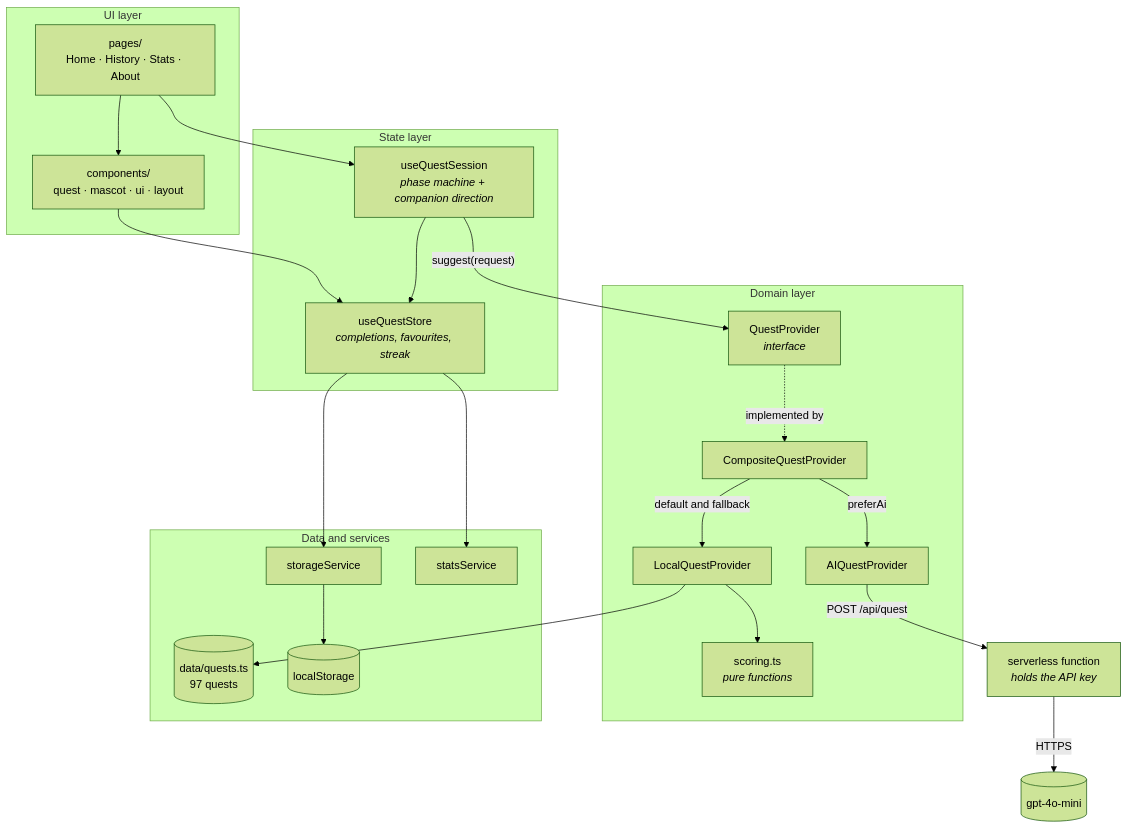
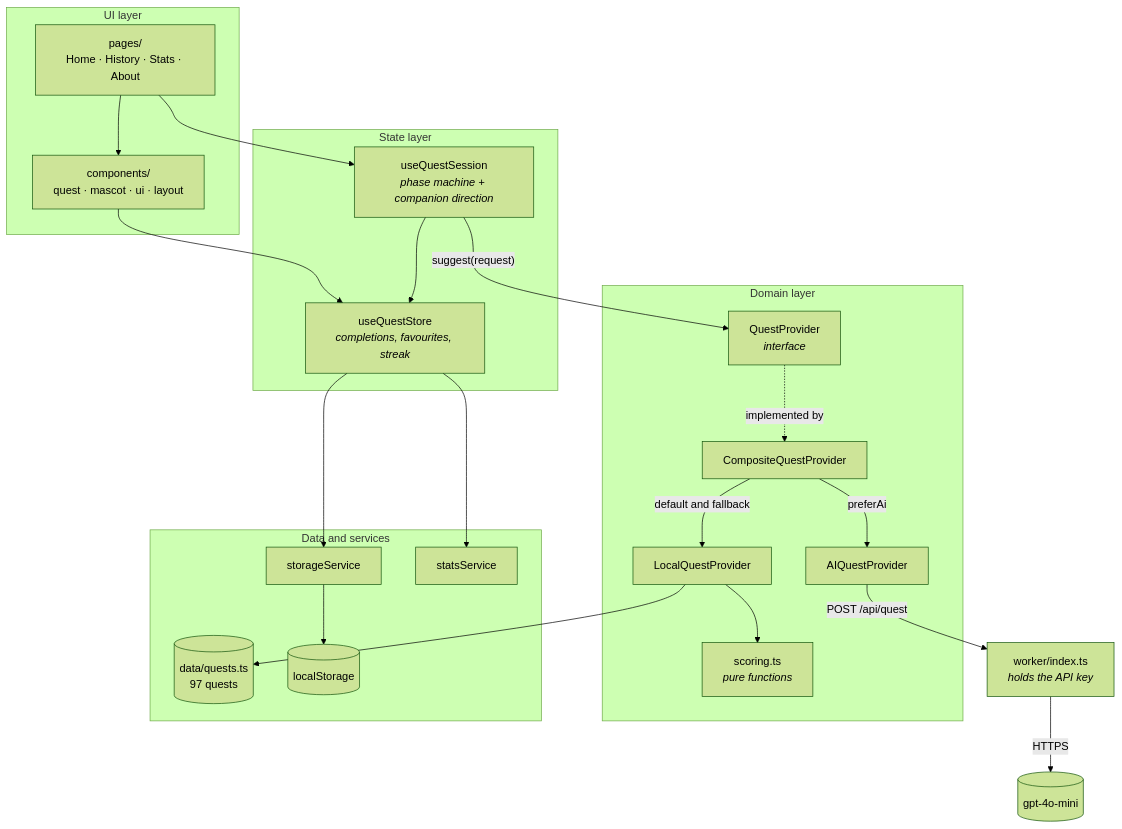
One commit to Danish188/SideQuest changed the diagram in README.md. Above: the diagram before and after it, drawn with Mermaid (forest theme). The commit also changed other lines of this file and 13 other files, not shown here.

````diff
--- a/README.md
+++ b/README.md
@@ -72,43 +72,43 @@
 ```mermaid
 flowchart TD
     subgraph ui["UI layer"]
         pages["pages/<br/>Home · History · Stats · About"]
         components["components/<br/>quest · mascot · ui · layout"]
     end
 
     subgraph state["State layer"]
         session["useQuestSession<br/><i>phase machine + companion direction</i>"]
         store["useQuestStore<br/><i>completions, favourites, streak</i>"]
     end
 
     subgraph domain["Domain layer"]
         provider["QuestProvider<br/><i>interface</i>"]
         composite["CompositeQuestProvider"]
         local["LocalQuestProvider"]
         ai["AIQuestProvider"]
         scoring["scoring.ts<br/><i>pure functions</i>"]
     end
 
     subgraph data["Data and services"]
         quests[("data/quests.ts<br/>97 quests")]
         storage["storageService"]
         stats["statsService"]
         ls[("localStorage")]
     end
 
     pages --> components
     pages --> session
     components --> store
     session --> store
     session -->|"suggest(request)"| provider
     provider -.implemented by.-> composite
     composite -->|"preferAi"| ai
     composite -->|"default and fallback"| local
     local --> scoring
     local --> quests
     store --> storage
     store --> stats
     storage --> ls
-    ai -->|"POST /api/quest"| fn["serverless function<br/><i>holds the API key</i>"]
+    ai -->|"POST /api/quest"| fn["worker/index.ts<br/><i>holds the API key</i>"]
     fn -->|"HTTPS"| model[("gpt-4o-mini")]
 ```
````
